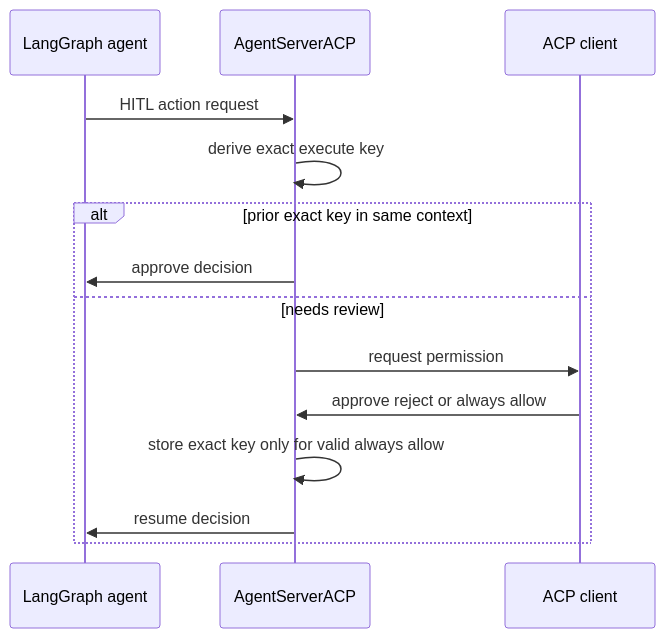
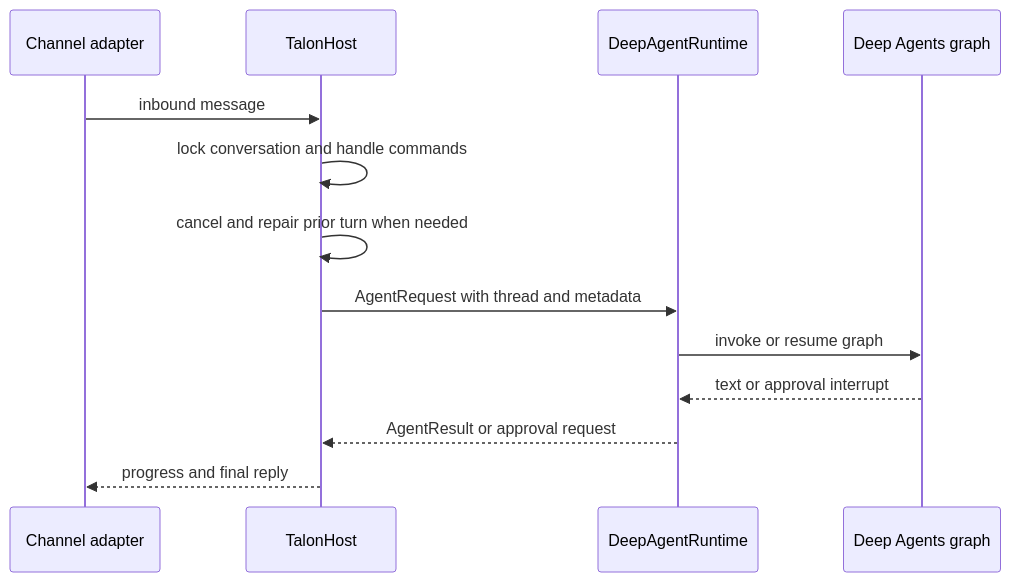
The third of 4 diagrams in openwiki/architecture/source-map.md (langchain-ai/deepagents), drawn with Mermaid before and after one commit. The commit also changed other lines of this file and 34 other files, not shown here.

````diff
--- a/openwiki/architecture/source-map.md
+++ b/openwiki/architecture/source-map.md
@@ -106,16 +109,15 @@
 ```mermaid
 sequenceDiagram
-  participant Graph as LangGraph agent
-  participant Server as AgentServerACP
-  participant Client as ACP client
-  Graph->>Server: HITL action request
-  Server->>Server: derive exact execute key
-  alt prior exact key in same context
-    Server->>Graph: approve decision
-  else needs review
-    Server->>Client: request permission
-    Client->>Server: approve reject or always allow
-    Server->>Server: store exact key only for valid always allow
-    Server->>Graph: resume decision
-  end
+  participant Channel as Channel adapter
+  participant Host as TalonHost
+  participant Runtime as DeepAgentRuntime
+  participant Graph as Deep Agents graph
+  Channel->>Host: inbound message
+  Host->>Host: lock conversation and handle commands
+  Host->>Host: cancel and repair prior turn when needed
+  Host->>Runtime: AgentRequest with thread and metadata
+  Runtime->>Graph: invoke or resume graph
+  Graph-->>Runtime: text or approval interrupt
+  Runtime-->>Host: AgentResult or approval request
+  Host-->>Channel: progress and final reply
 ```
````
